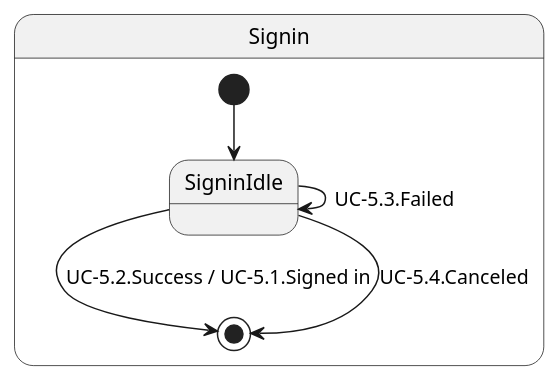
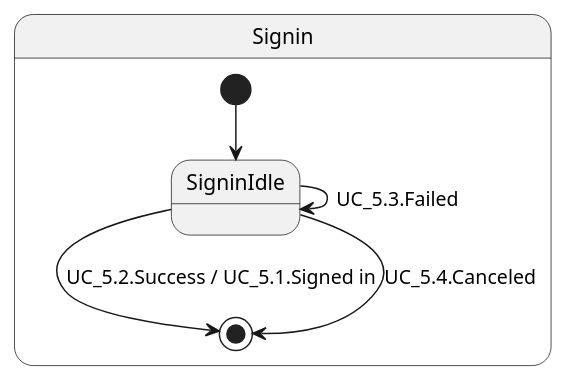
The diagram in web/doc/state_chart/signin.pu (azarashin/Word2VecSOM), drawn with PlantUML before and after one commit. The commit also changed 5 other files, not shown here.

```diff
--- a/web/doc/state_chart/signin.pu
+++ b/web/doc/state_chart/signin.pu
@@ -1,13 +1,12 @@
 @startuml
 
 state Signin {
     [*] --> SigninIdle
-    SigninIdle --> SigninIdle : UC-5.3.Failed
-    SigninIdle --> [*] : UC-5.2.Success / UC-5.1.Signed in
-    SigninIdle --> [*] : UC-5.4.Canceled
-    
+    SigninIdle --> SigninIdle : UC_5.3.Failed
+    SigninIdle --> [*] : UC_5.2.Success / UC_5.1.Signed in
+    SigninIdle --> [*] : UC_5.4.Canceled
+
 }
 
 
-
 @enduml
```
